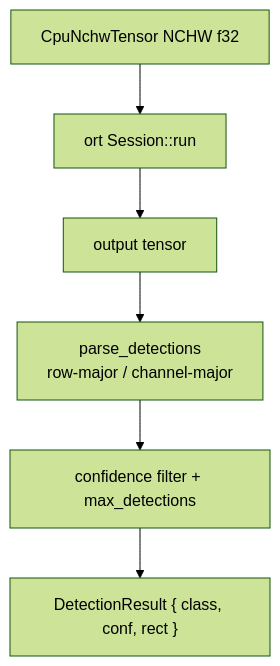
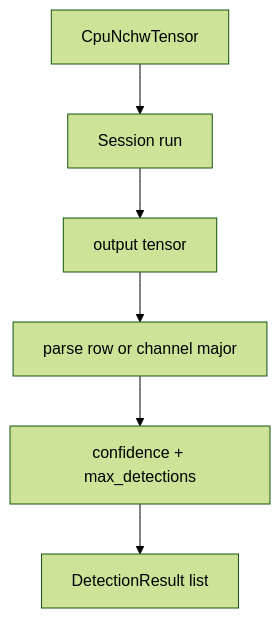
Before and after one commit to NAMUORI00/display-share: the sixth of 8 diagrams in 파이프라인.md, drawn with Mermaid (forest theme). The commit also changed other lines of this file and 25 other files, not shown here.

First line of the commit message:
docs(wiki): complete pages for current privacy/DXGI architecture

````diff
--- a/파이프라인.md
+++ b/파이프라인.md
@@ -139,8 +129,8 @@
 ```mermaid
 flowchart TB
-  T["CpuNchwTensor NCHW f32"] --> S["ort Session::run"]
-  S --> O["output tensor"]
-  O --> P["parse_detections<br/>row-major / channel-major"]
-  P --> F["confidence filter + max_detections"]
-  F --> R["DetectionResult { class, conf, rect }"]
+  T[CpuNchwTensor] --> S[Session run]
+  S --> O[output tensor]
+  O --> P[parse row or channel major]
+  P --> F[confidence + max_detections]
+  F --> R[DetectionResult list]
 ```
````
